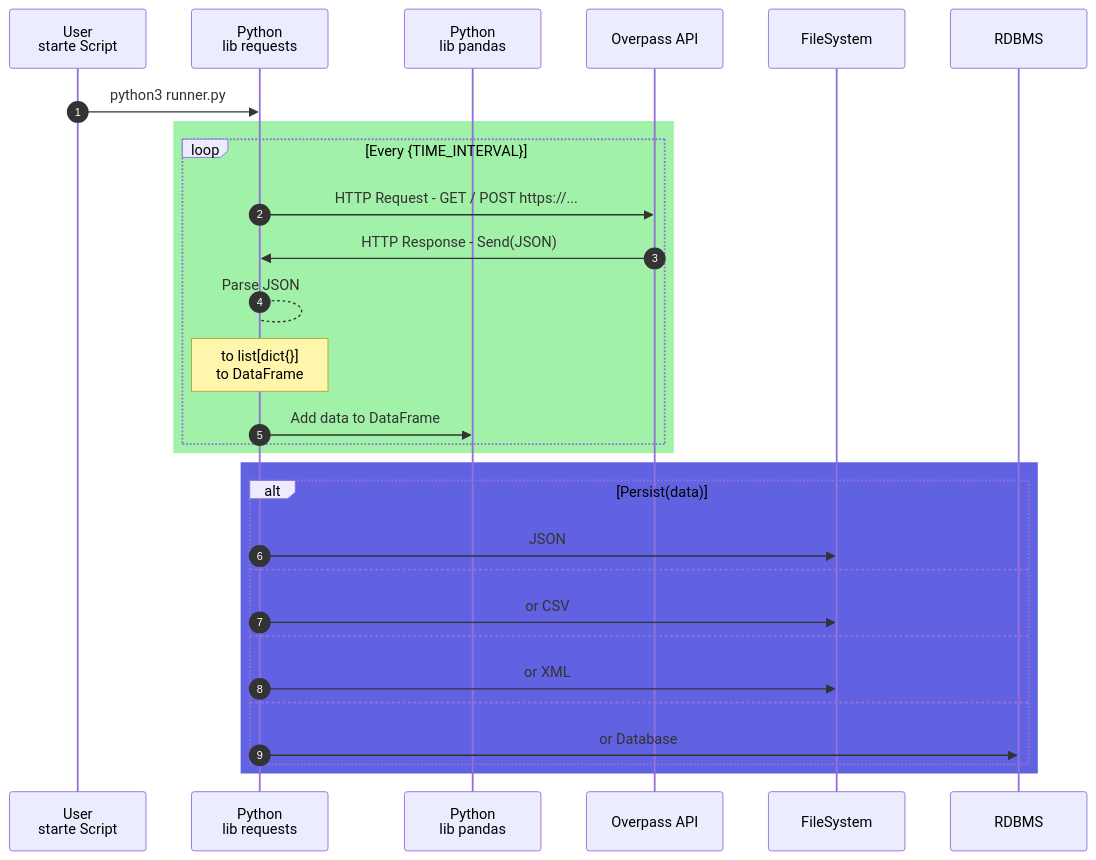
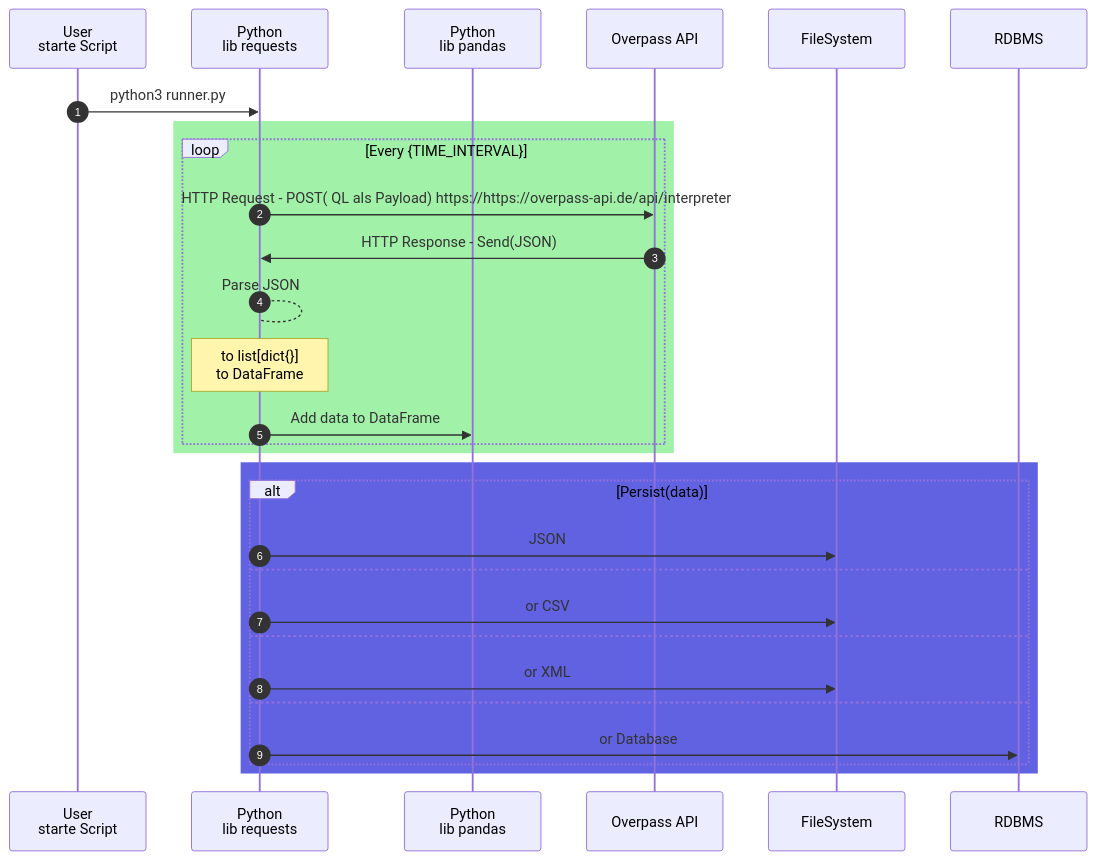
Before and after one commit to nevsglueckauf/high_five: the first of 2 diagrams in proj_doq/api_call.md, drawn with Mermaid. The commit also changed 1 other file, not shown here.

Commit message:
Doq und Scripts zu Webscraping

````diff
--- a/proj_doq/api_call.md
+++ b/proj_doq/api_call.md
@@ -3,32 +3,32 @@
 ```mermaid
 sequenceDiagram
     autonumber
     participant Usr as User<br/>starte Script
     participant Py as Python<br/>lib requests
     participant pd as Python<br/>lib pandas
     
     participant Api as Overpass API
     Usr->>Py:python3 runner.py
     rect rgb(161, 241, 168)
         loop Every {TIME_INTERVAL}
             
-            Py->>Api: HTTP Request - GET / POST https://...
+            Py->>Api: HTTP Request - POST( QL als Payload) https://https://overpass-api.de/api/interpreter
             Api->>Py: HTTP Response - Send(JSON)
             Py-->Py: Parse JSON
             note over Py: to list[dict{}]<br/>to DataFrame
             Py->>pd: Add data to DataFrame
         end
     end
     rect rgb(96, 98, 226)
         alt Persist(data)
             Py->>FileSystem: JSON 
         else 
             Py->>FileSystem: or CSV 
         else 
             Py->>FileSystem: or XML 
         else 
             Py->>RDBMS: or Database 
         end
     end
 
 ```
````
